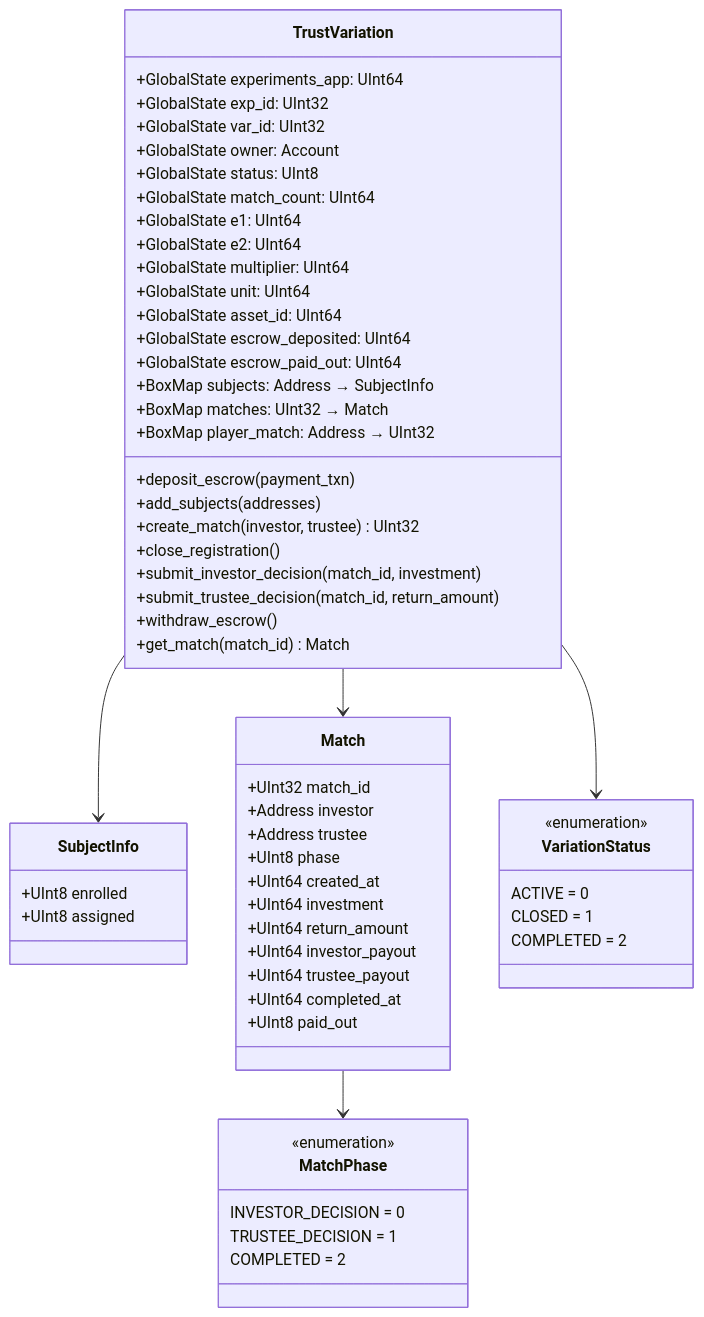
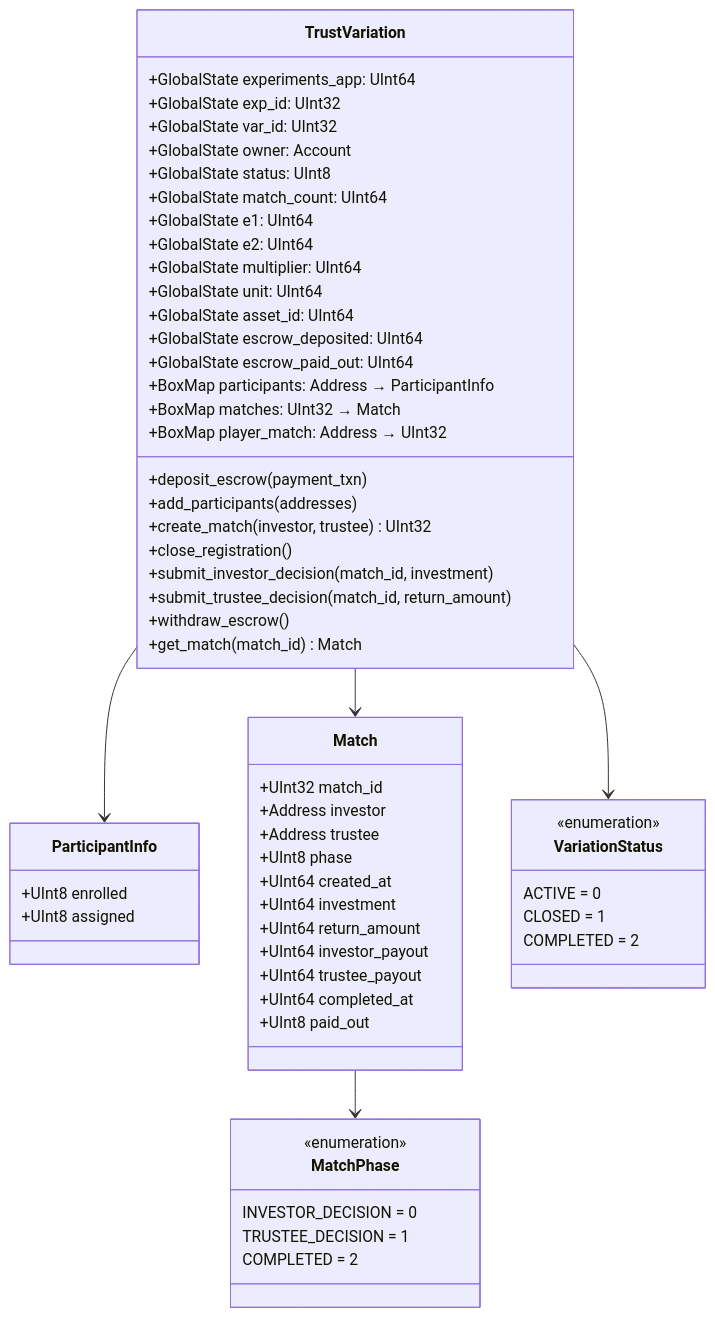
Before and after one commit to Open-Science-Blockchain-Economics/bx-hive: the fourth of 10 diagrams in docs/reference-docs/smart-contract-architecture.md, drawn with Mermaid. The commit also changed other lines of this file and 19 other files, not shown here.

````diff
--- a/docs/reference-docs/smart-contract-architecture.md
+++ b/docs/reference-docs/smart-contract-architecture.md
@@ -189,67 +189,67 @@
 ```mermaid
 classDiagram
     class TrustVariation {
         +GlobalState experiments_app: UInt64
         +GlobalState exp_id: UInt32
         +GlobalState var_id: UInt32
         +GlobalState owner: Account
         +GlobalState status: UInt8
         +GlobalState match_count: UInt64
         +GlobalState e1: UInt64
         +GlobalState e2: UInt64
         +GlobalState multiplier: UInt64
         +GlobalState unit: UInt64
         +GlobalState asset_id: UInt64
         +GlobalState escrow_deposited: UInt64
         +GlobalState escrow_paid_out: UInt64
-        +BoxMap subjects: Address → SubjectInfo
+        +BoxMap participants: Address → ParticipantInfo
         +BoxMap matches: UInt32 → Match
         +BoxMap player_match: Address → UInt32
         +deposit_escrow(payment_txn)
-        +add_subjects(addresses)
+        +add_participants(addresses)
         +create_match(investor, trustee) UInt32
         +close_registration()
         +submit_investor_decision(match_id, investment)
         +submit_trustee_decision(match_id, return_amount)
         +withdraw_escrow()
         +get_match(match_id) Match
     }
 
-    class SubjectInfo {
+    class ParticipantInfo {
         +UInt8 enrolled
         +UInt8 assigned
     }
 
     class Match {
         +UInt32 match_id
         +Address investor
         +Address trustee
         +UInt8 phase
         +UInt64 created_at
         +UInt64 investment
         +UInt64 return_amount
         +UInt64 investor_payout
         +UInt64 trustee_payout
         +UInt64 completed_at
         +UInt8 paid_out
     }
 
     class VariationStatus {
         <<enumeration>>
         ACTIVE = 0
         CLOSED = 1
         COMPLETED = 2
     }
 
     class MatchPhase {
         <<enumeration>>
         INVESTOR_DECISION = 0
         TRUSTEE_DECISION = 1
         COMPLETED = 2
     }
 
-    TrustVariation --> SubjectInfo
+    TrustVariation --> ParticipantInfo
     TrustVariation --> Match
     TrustVariation --> VariationStatus
     Match --> MatchPhase
 ```
````
